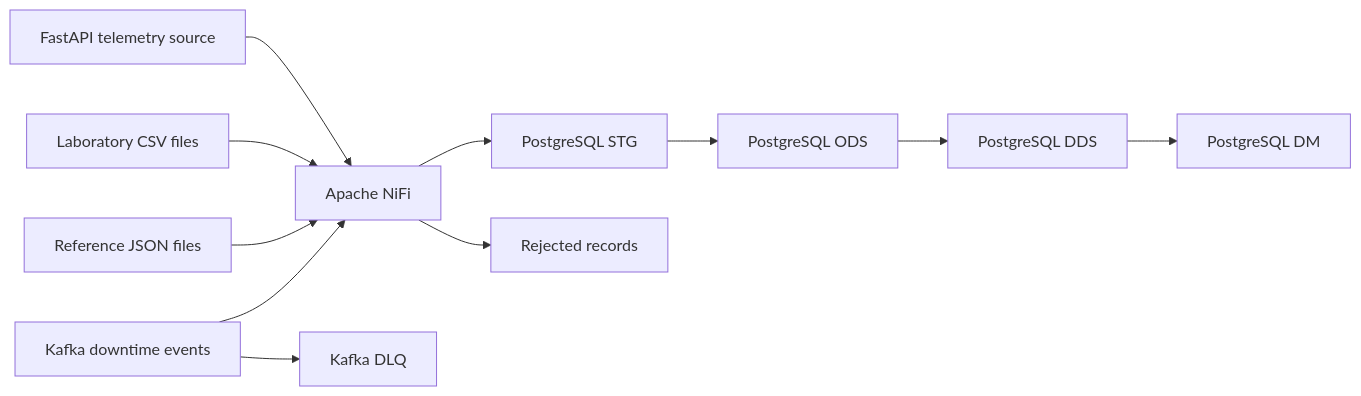
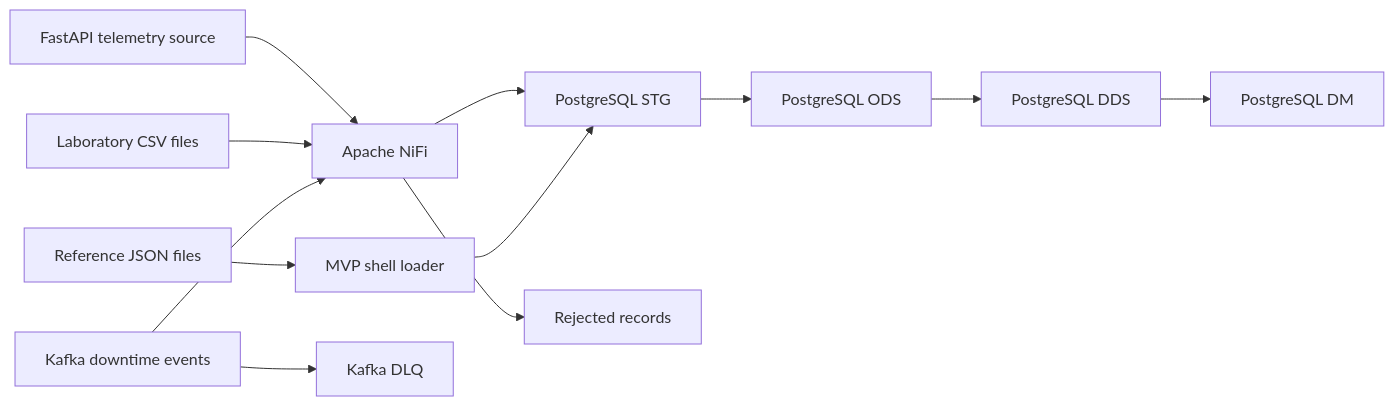
One commit to shipaaa/industrial-integration-lab changed the diagram in README.md. Above: the diagram before and after it, drawn with Mermaid. The commit also changed other lines of this file and 3 other files, not shown here.

````diff
--- a/README.md
+++ b/README.md
@@ -37,15 +36,16 @@
 ```mermaid
 flowchart LR
     API["FastAPI telemetry source"] --> NIFI["Apache NiFi"]
     CSV["Laboratory CSV files"] --> NIFI
-    JSON["Reference JSON files"] --> NIFI
+    JSON["Reference JSON files"] --> LOADER["MVP shell loader"]
     KAFKA["Kafka downtime events"] --> NIFI
 
     NIFI --> STG["PostgreSQL STG"]
+    LOADER --> STG
     STG --> ODS["PostgreSQL ODS"]
     ODS --> DDS["PostgreSQL DDS"]
     DDS --> DM["PostgreSQL DM"]
 
     NIFI --> REJECTED["Rejected records"]
     KAFKA --> DLQ["Kafka DLQ"]
 ```
````
